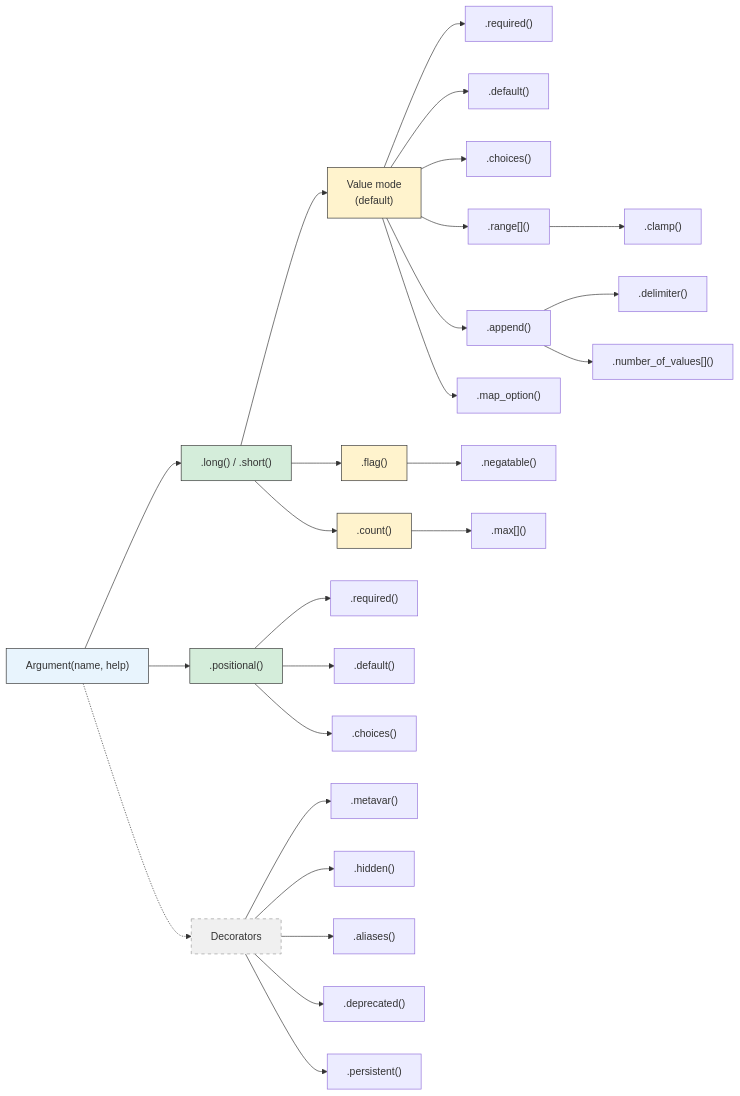
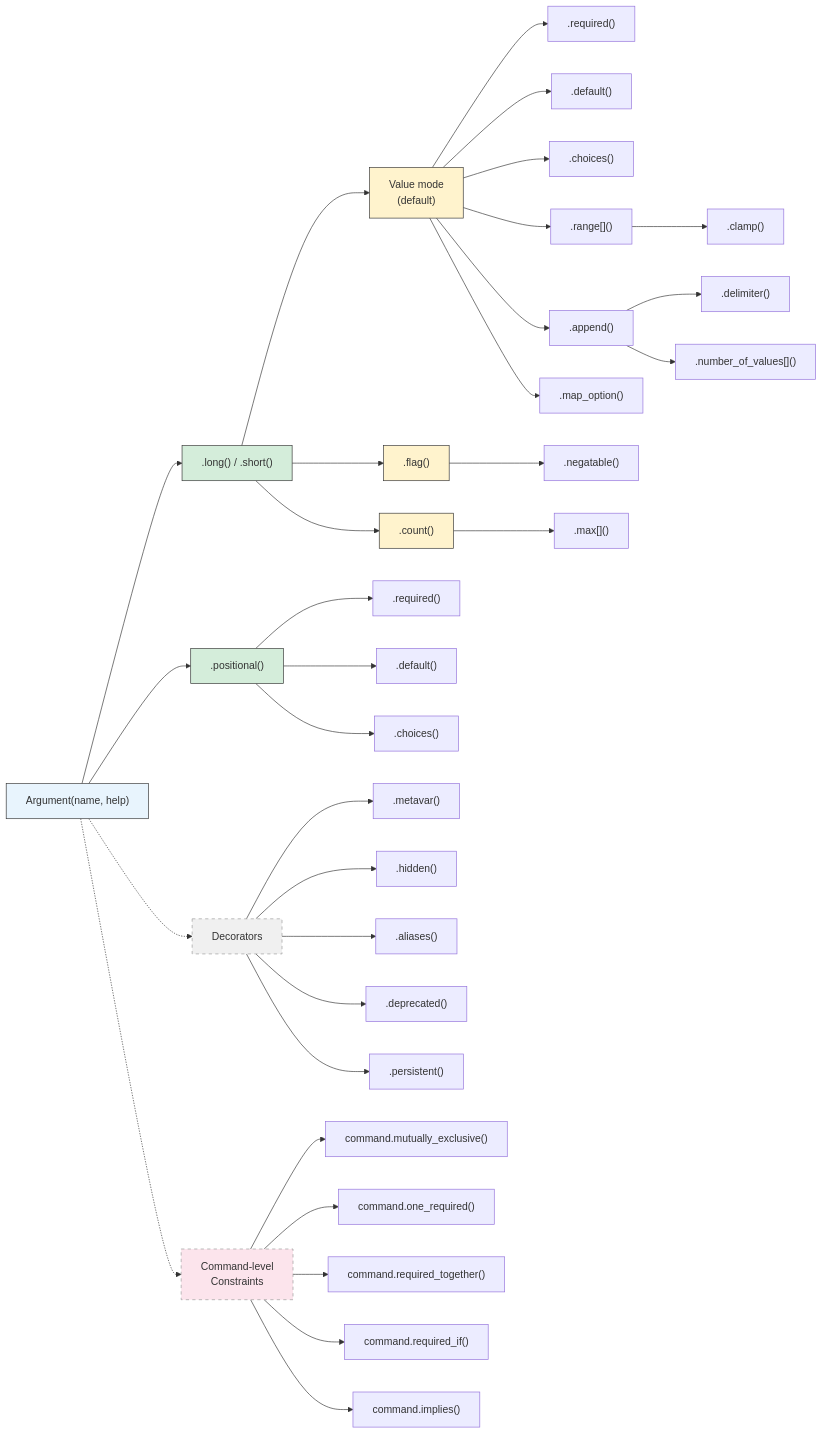
Before and after one commit to forfudan/argmojo: the diagram in docs/user_manual.md, drawn with Mermaid. The commit also changed other lines of this file, not shown here.

````diff
--- a/docs/user_manual.md
+++ b/docs/user_manual.md
@@ -1078,43 +1085,51 @@
 ```mermaid
 flowchart LR
     ARG["Argument(name, help)"]
 
     ARG --> NAMED[".long() / .short()"]
     ARG --> POS[".positional()"]
 
     NAMED --> VAL["Value mode\n(default)"]
     NAMED --> FLAG[".flag()"]
     NAMED --> COUNT[".count()"]
 
     VAL --> req1[".required()"]
     VAL --> def1[".default()"]
     VAL --> cho1[".choices()"]
     VAL --> rng[".range[]()"]
     rng --> clp[".clamp()"]
     VAL --> app[".append()"]
     app --> delim[".delimiter()"]
     app --> nvals[".number_of_values[]()"]
     VAL --> mapopt[".map_option()"]
 
     FLAG --> neg[".negatable()"]
     COUNT --> maxn[".max[]()"]
 
     POS --> req2[".required()"]
     POS --> def2[".default()"]
     POS --> cho2[".choices()"]
 
     ARG -.-> DEC["Decorators"]
     DEC --> meta[".metavar()"]
     DEC --> hid[".hidden()"]
     DEC --> ali[".aliases()"]
     DEC --> dep[".deprecated()"]
     DEC --> per[".persistent()"]
 
+    ARG -.-> CMDCON["Command-level\nConstraints"]
+    CMDCON --> mutex["command.mutually_exclusive()"]
+    CMDCON --> onereq["command.one_required()"]
+    CMDCON --> reqtog["command.required_together()"]
+    CMDCON --> reqif["command.required_if()"]
+    CMDCON --> imp["command.implies()"]
+
     style ARG fill:#e8f4fd,stroke:#333
     style NAMED fill:#d4edda,stroke:#333
     style POS fill:#d4edda,stroke:#333
     style FLAG fill:#fff3cd,stroke:#333
     style COUNT fill:#fff3cd,stroke:#333
     style VAL fill:#fff3cd,stroke:#333
     style DEC fill:#f0f0f0,stroke:#999,stroke-dasharray: 5 5
+    style CMDCON fill:#fce4ec,stroke:#999,stroke-dasharray: 5 5
 ```
````
